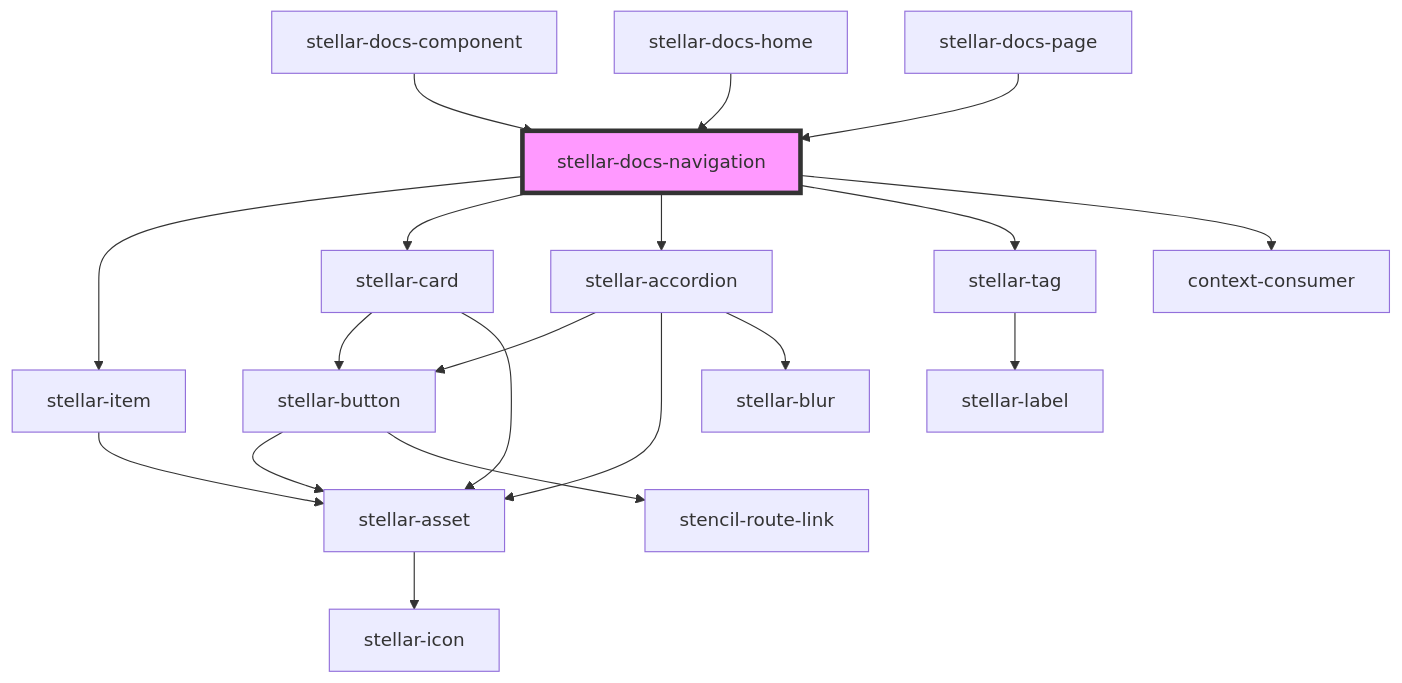
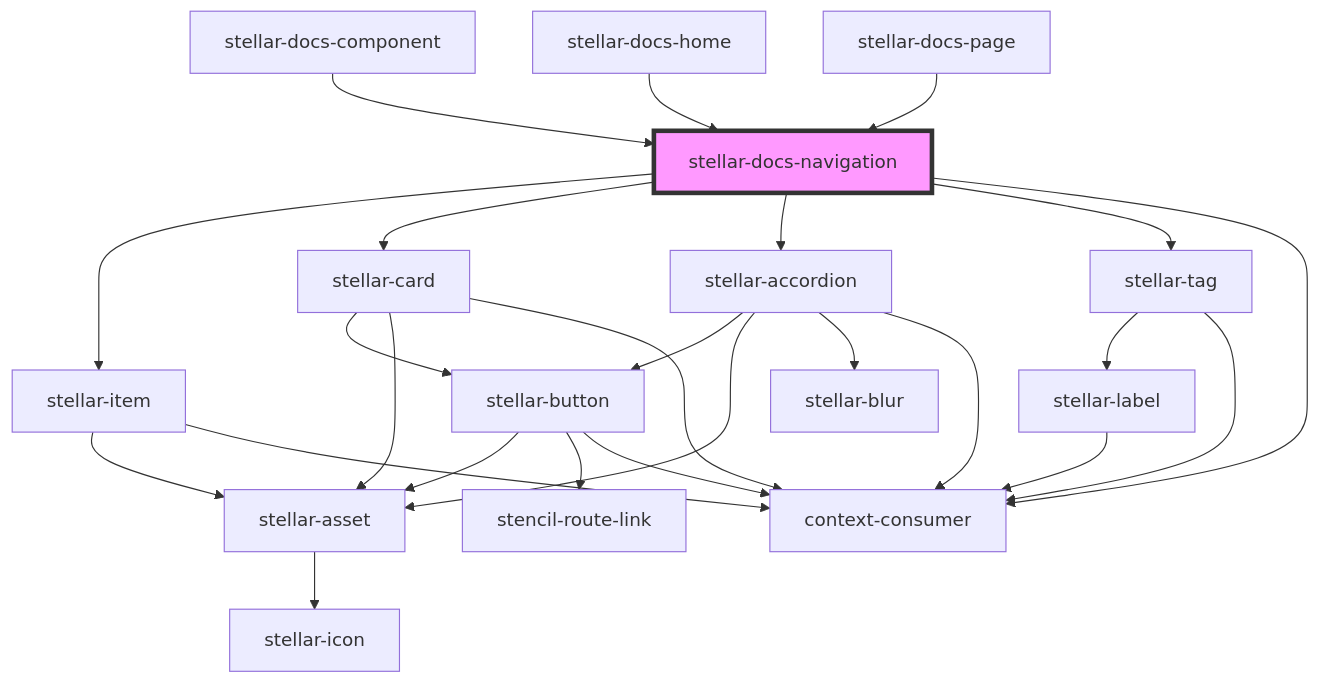
One commit to splitinfinities/Stellar changed the diagram in src/components/docs/navigation/readme.md. Above: the diagram before and after it, drawn with Mermaid. The commit also changed 44 other files, not shown here.

````diff
--- a/src/components/docs/navigation/readme.md
+++ b/src/components/docs/navigation/readme.md
@@ -35,22 +35,28 @@
 ```mermaid
 graph TD;
   stellar-docs-navigation --> stellar-item
   stellar-docs-navigation --> stellar-card
   stellar-docs-navigation --> stellar-accordion
   stellar-docs-navigation --> stellar-tag
   stellar-docs-navigation --> context-consumer
   stellar-item --> stellar-asset
+  stellar-item --> context-consumer
   stellar-asset --> stellar-icon
   stellar-card --> stellar-button
   stellar-card --> stellar-asset
+  stellar-card --> context-consumer
   stellar-button --> stellar-asset
   stellar-button --> stencil-route-link
+  stellar-button --> context-consumer
   stellar-accordion --> stellar-button
   stellar-accordion --> stellar-asset
   stellar-accordion --> stellar-blur
+  stellar-accordion --> context-consumer
   stellar-tag --> stellar-label
+  stellar-tag --> context-consumer
+  stellar-label --> context-consumer
   stellar-docs-component --> stellar-docs-navigation
   stellar-docs-home --> stellar-docs-navigation
   stellar-docs-page --> stellar-docs-navigation
   style stellar-docs-navigation fill:#f9f,stroke:#333,stroke-width:4px
 ```
````
